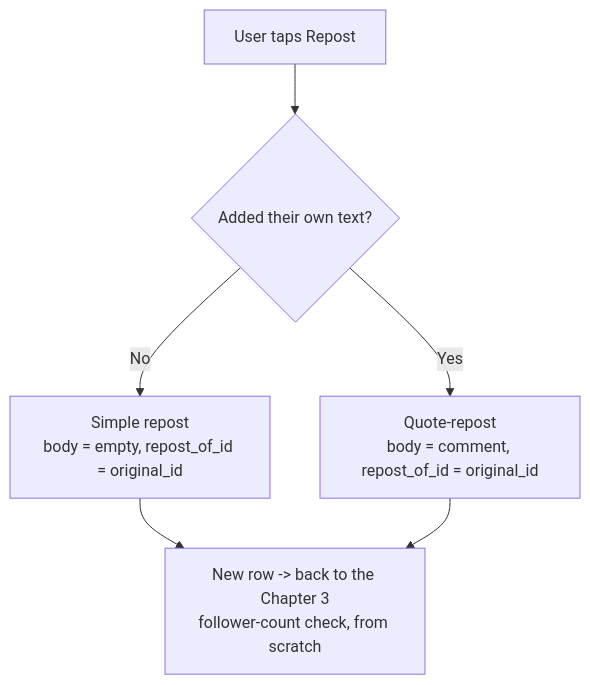
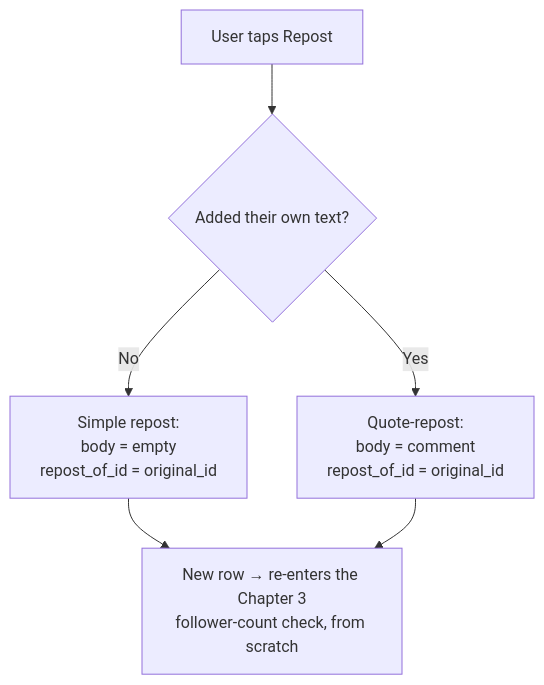
Before and after one commit to riyaz-pasha/Learnings: the sixth of 16 diagrams in system-design/HLD/0-course/31-Design Twitter-FAANG-Guide-story.md, drawn with Mermaid. The commit also changed other lines of this file and 1 other file, not shown here.

Commit message:
[REWRITE] Design Twitter story guide: simplify prose, add structure, fix diagrams

````diff
--- a/system-design/HLD/0-course/31-Design Twitter-FAANG-Guide-story.md
+++ b/system-design/HLD/0-course/31-Design Twitter-FAANG-Guide-story.md
@@ -128,8 +230,8 @@
 ```mermaid
 flowchart TD
     RT["User taps Repost"] --> Q{"Added their own text?"}
-    Q -->|"No"| SIMPLE["Simple repost\nbody = empty, repost_of_id = original_id"]
-    Q -->|"Yes"| QUOTE["Quote-repost\nbody = comment, repost_of_id = original_id"]
-    SIMPLE --> BACK["New row -> back to the Chapter 3\nfollower-count check, from scratch"]
+    Q -->|"No"| SIMPLE["Simple repost:<br/>body = empty<br/>repost_of_id = original_id"]
+    Q -->|"Yes"| QUOTE["Quote-repost:<br/>body = comment<br/>repost_of_id = original_id"]
+    SIMPLE --> BACK["New row → re-enters the Chapter 3<br/>follower-count check, from scratch"]
     QUOTE --> BACK
 ```
````
